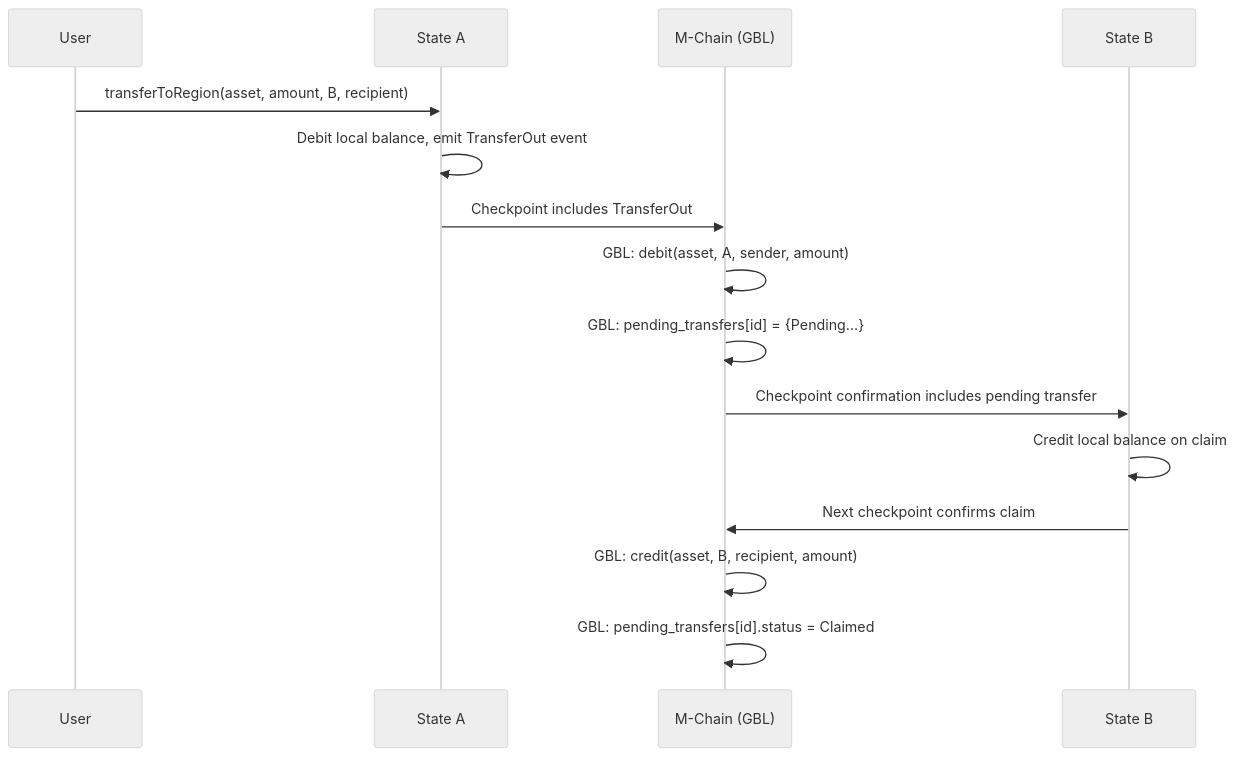
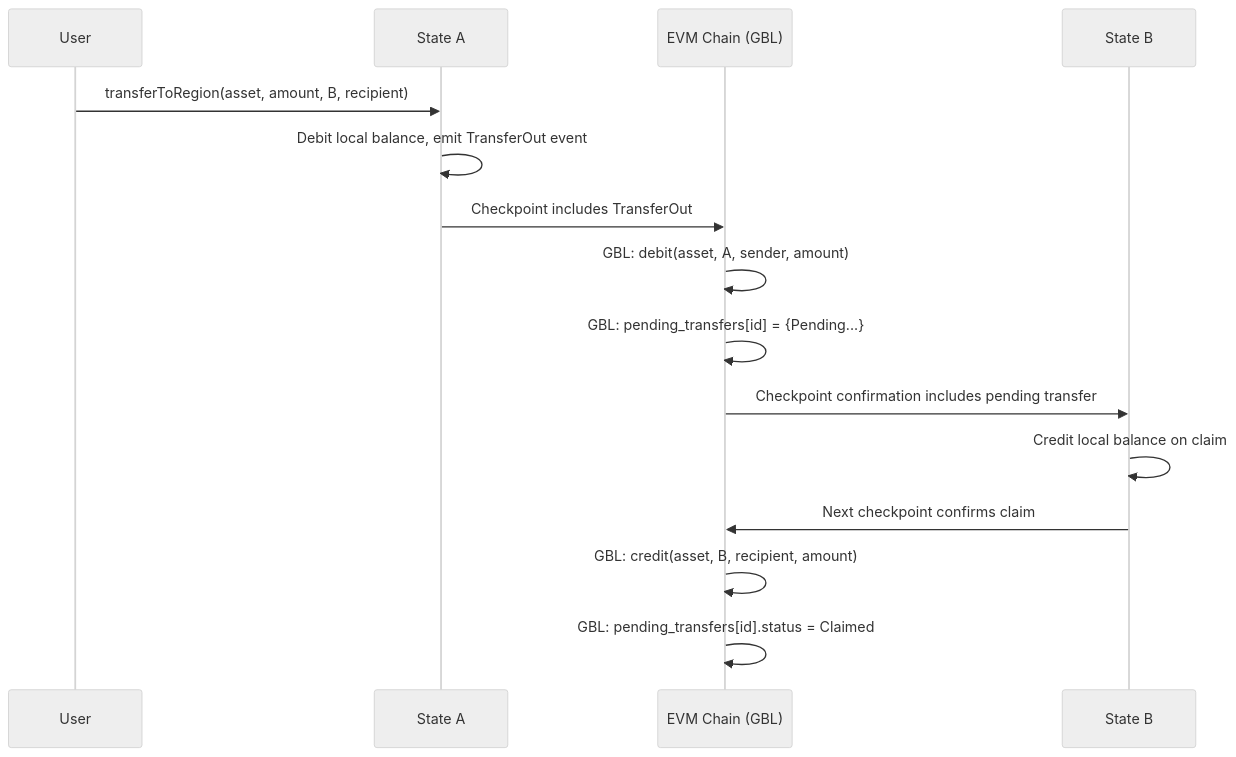
The first of 4 diagrams in whitepaper.md (cryft-labs/cryftnet-whitepaper), drawn with Mermaid (neutral theme) before and after one commit. The commit also changed other lines of this file and 9 other files, not shown here.

Commit message:
Refactor whitepaper terminology and structure: update chain names from P-Chain, X-Chain, M-Chain to F-Chain, Mirror Chain, EVM Chain; revise related descriptions and responsibilities throughout the document for clarity and consistency.

````diff
--- a/whitepaper.md
+++ b/whitepaper.md
@@ -223,18 +223,18 @@
 ```mermaid
 sequenceDiagram
   participant User
   participant StateA as State A
-  participant MChain as M-Chain (GBL)
+  participant MChain as EVM Chain (GBL)
   participant StateB as State B
   
   User->>StateA: transferToRegion(asset, amount, B, recipient)
   StateA->>StateA: Debit local balance, emit TransferOut event
   StateA->>MChain: Checkpoint includes TransferOut
   MChain->>MChain: GBL: debit(asset, A, sender, amount)
   MChain->>MChain: GBL: pending_transfers[id] = {Pending...}
   MChain->>StateB: Checkpoint confirmation includes pending transfer
   StateB->>StateB: Credit local balance on claim
   StateB->>MChain: Next checkpoint confirms claim
   MChain->>MChain: GBL: credit(asset, B, recipient, amount)
   MChain->>MChain: GBL: pending_transfers[id].status = Claimed
 ```
````
